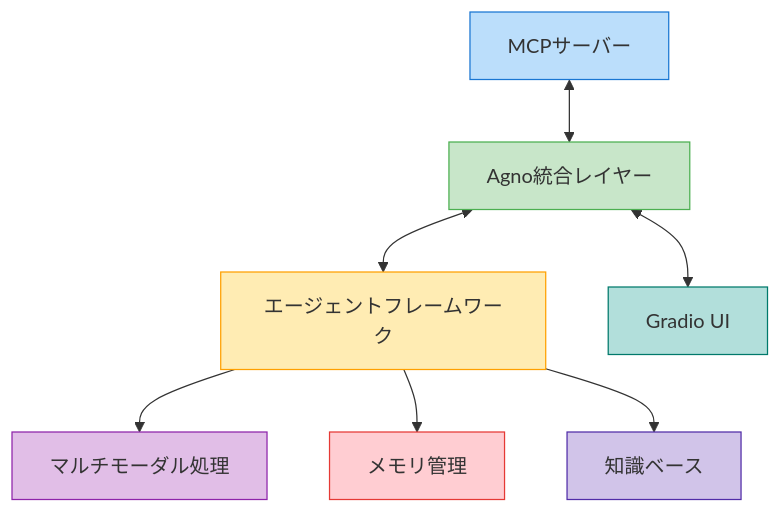
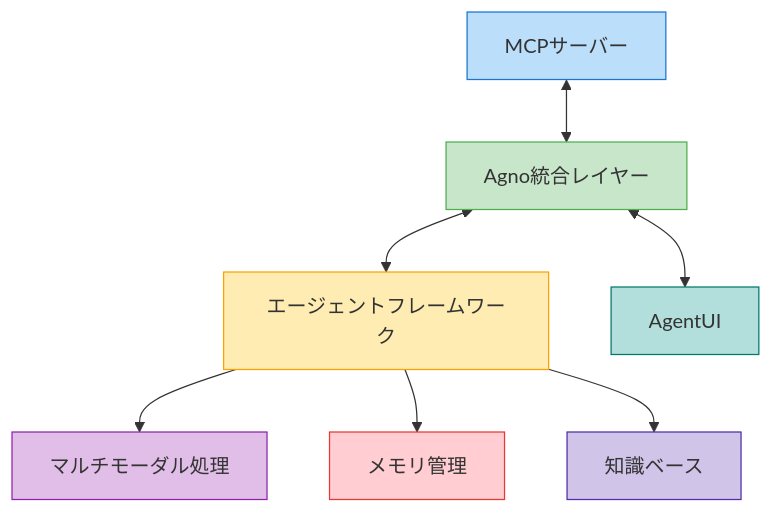
Before and after one commit to NewAITees/ollama-mcp-client-webapp: the diagram in docs/AGNO_INTEGRATION.md, drawn with Mermaid. The commit also changed other lines of this file and 4 other files, not shown here.

````diff
--- a/docs/AGNO_INTEGRATION.md
+++ b/docs/AGNO_INTEGRATION.md
@@ -26,17 +26,17 @@
 ```mermaid
 graph TD
     A[MCPサーバー] <--> B[Agno統合レイヤー]
     B <--> C[エージェントフレームワーク]
     C --> D[マルチモーダル処理]
     C --> E[メモリ管理]
     C --> F[知識ベース]
-    B <--> G[Gradio UI]
+    B <--> G[AgentUI]
     
     style A fill:#bbdefb,stroke:#1976d2
     style B fill:#c8e6c9,stroke:#4caf50
     style C fill:#ffecb3,stroke:#ffa000
     style D fill:#e1bee7,stroke:#8e24aa
     style E fill:#ffcdd2,stroke:#e53935
     style F fill:#d1c4e9,stroke:#512da8
     style G fill:#b2dfdb,stroke:#00796b
 ```
````
